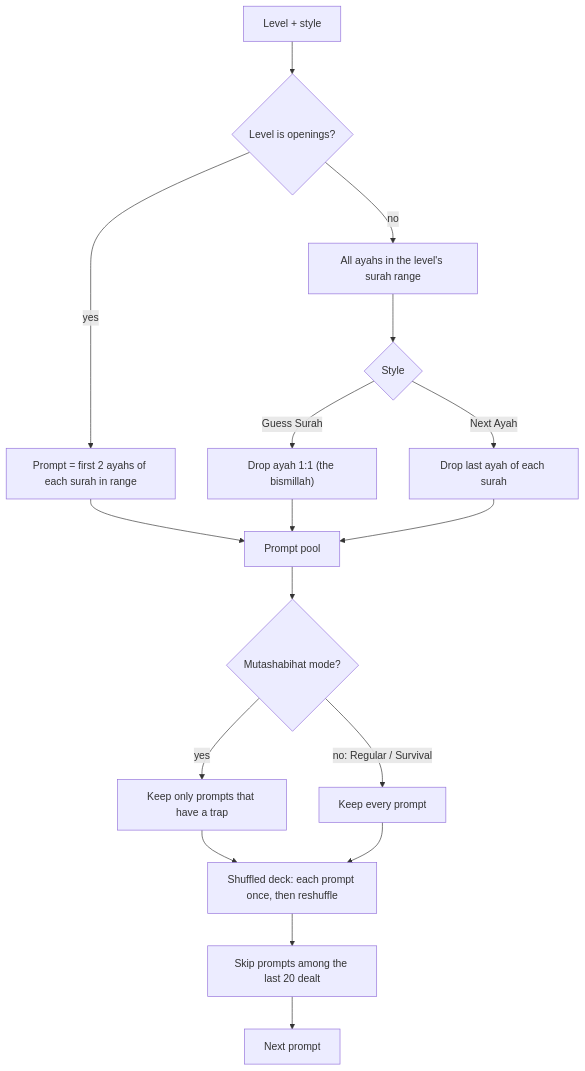
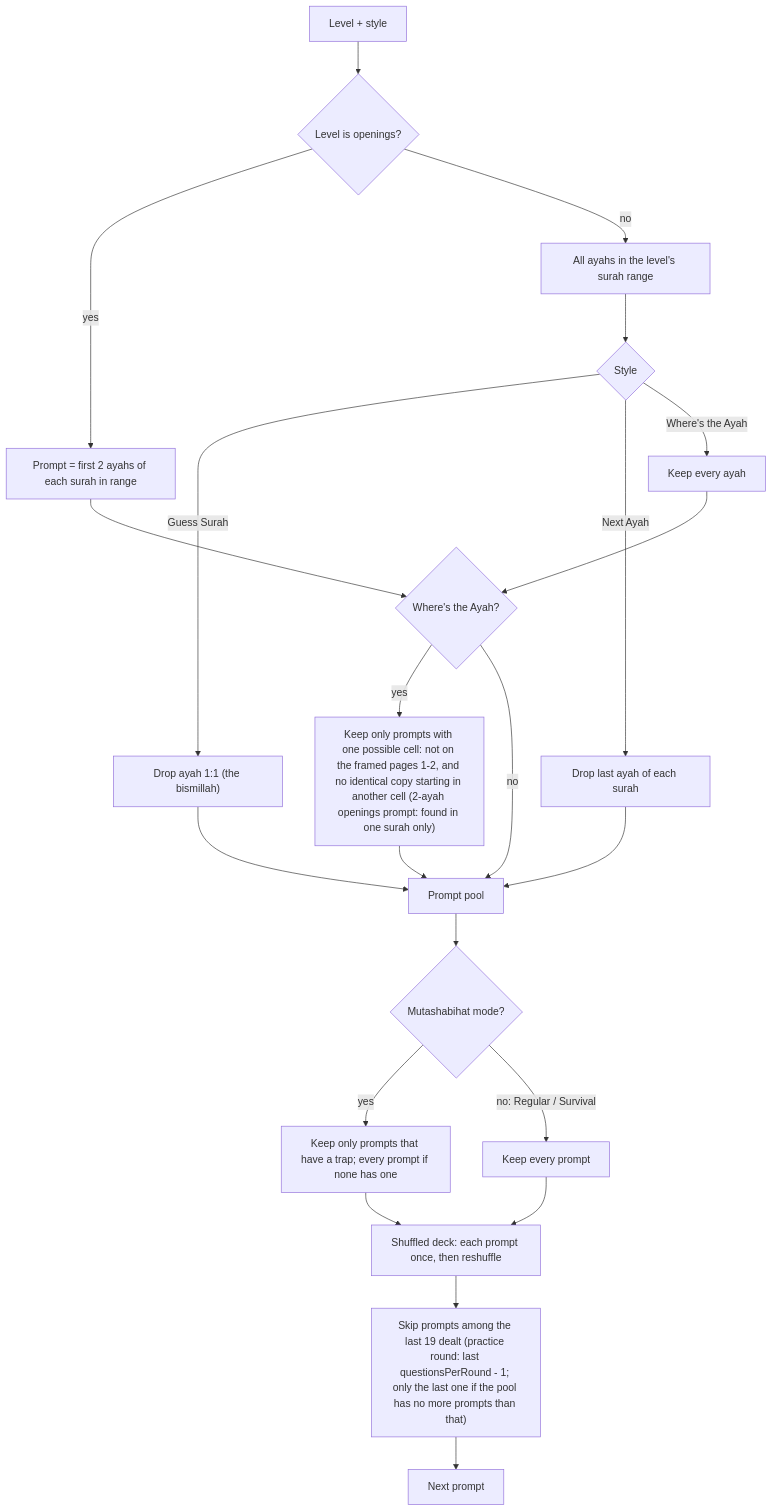
Before and after one commit to suft/hafiz: the first of 6 diagrams in ALGORITHMS.md, drawn with Mermaid. The commit also changed other lines of this file and 1 other file, not shown here.

First line of the commit message:
docs: add agent guide and document Where's the Ayah options

````diff
--- a/ALGORITHMS.md
+++ b/ALGORITHMS.md
@@ -12,19 +14,24 @@
 ```mermaid
 flowchart TD
     A["Level + style"] --> B{"Level is openings?"}
     B -- yes --> C["Prompt = first 2 ayahs of each surah in range"]
     B -- no --> D["All ayahs in the level's surah range"]
     D --> E{"Style"}
     E -- "Guess Surah" --> F["Drop ayah 1:1 (the bismillah)"]
     E -- "Next Ayah" --> G["Drop last ayah of each surah"]
-    C --> H["Prompt pool"]
+    E -- "Where's the Ayah" --> O["Keep every ayah"]
+    C --> P{"Where's the Ayah?"}
+    O --> P
+    P -- yes --> Q["Keep only prompts with one possible cell: not on the framed pages 1-2, and no identical copy starting in another cell (2-ayah openings prompt: found in one surah only)"]
+    P -- no --> H["Prompt pool"]
     F --> H
     G --> H
+    Q --> H
     H --> I{"Mutashabihat mode?"}
-    I -- yes --> J["Keep only prompts that have a trap"]
+    I -- yes --> J["Keep only prompts that have a trap; every prompt if none has one"]
     I -- "no: Regular / Survival" --> K["Keep every prompt"]
     J --> L["Shuffled deck: each prompt once, then reshuffle"]
     K --> L
-    L --> M["Skip prompts among the last 20 dealt"]
+    L --> M["Skip prompts among the last 19 dealt (practice round: last questionsPerRound - 1; only the last one if the pool has no more prompts than that)"]
     M --> N["Next prompt"]
 ```
````
